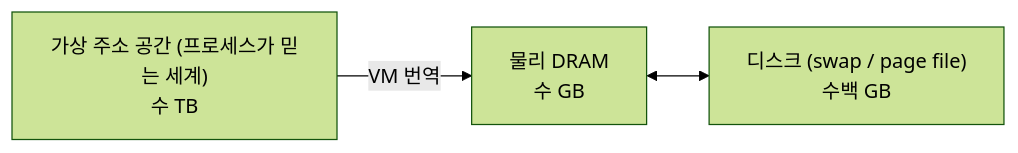
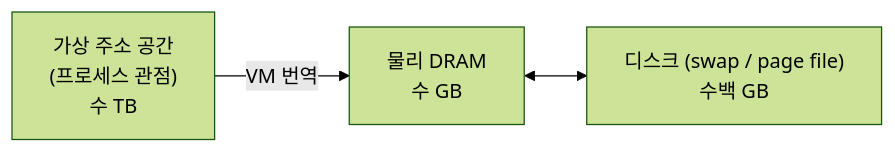
The first of 3 diagrams in docs/blog/concepts/03-virtual-memory-three-problems.md (Jungle-12-303/wk07_6), drawn with Mermaid (forest theme) before and after one commit. The commit also changed other lines of this file and 26 other files, not shown here.

First line of the commit message:
docs: 블로그 소제목·Mermaid·ASCII 박스 가독성 정비

````diff
--- a/docs/blog/concepts/03-virtual-memory-three-problems.md
+++ b/docs/blog/concepts/03-virtual-memory-three-problems.md
@@ -11,5 +11,5 @@
 ```mermaid
 flowchart LR
-    VA["가상 주소 공간 (프로세스가 믿는 세계)<br/>수 TB"] -->|VM 번역| PA["물리 DRAM<br/>수 GB"]
+    VA["가상 주소 공간<br/>(프로세스 관점)<br/>수 TB"] -->|VM 번역| PA["물리 DRAM<br/>수 GB"]
     PA <--> DISK["디스크 (swap / page file)<br/>수백 GB"]
 ```
````
